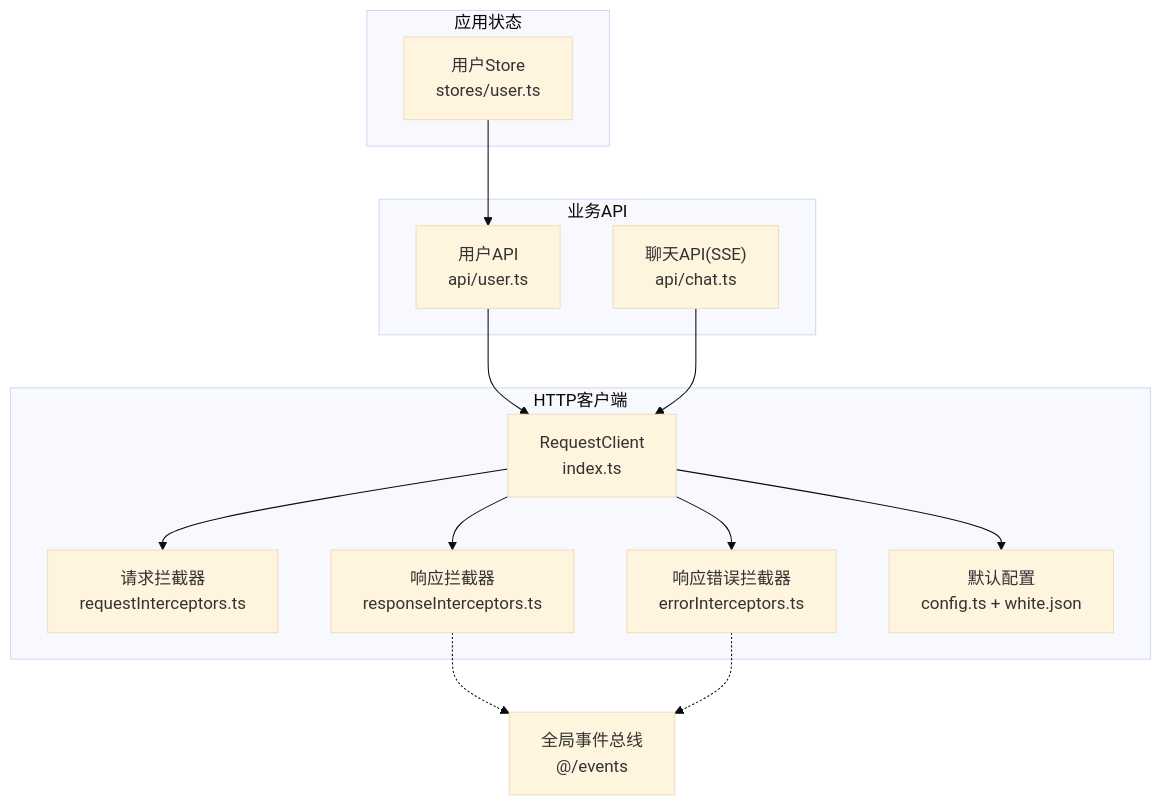
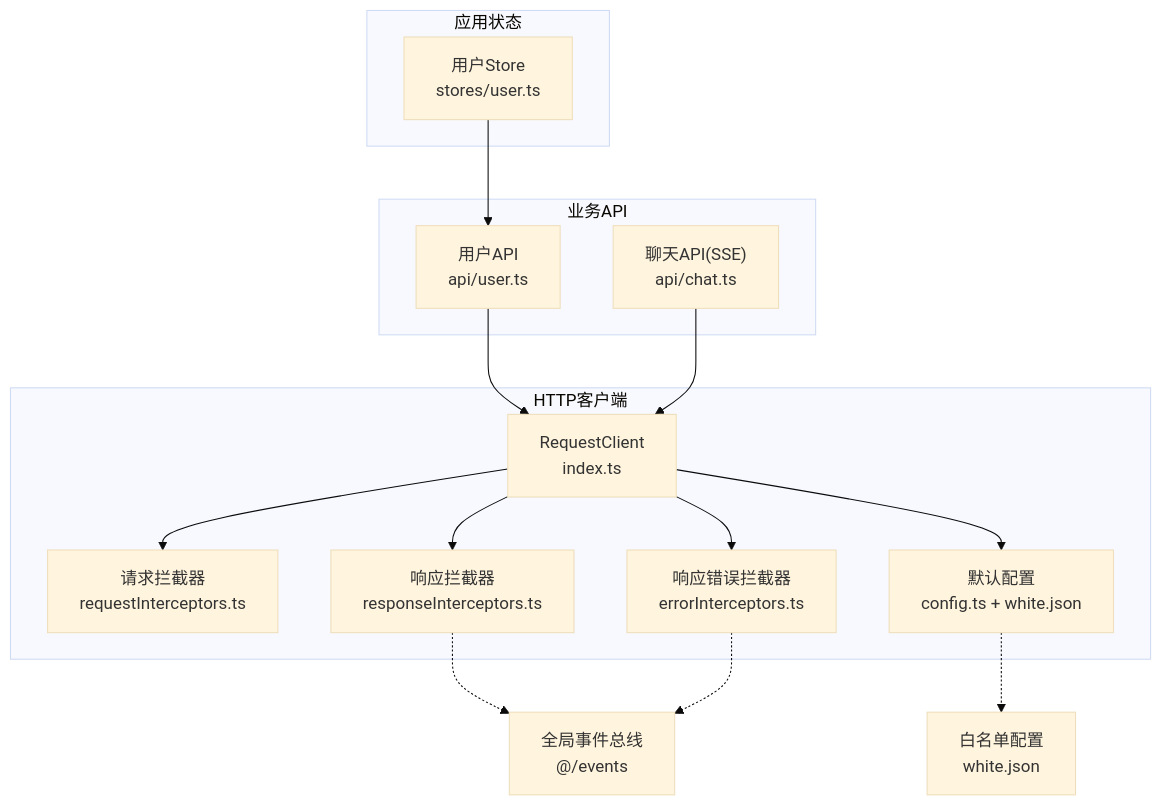
One commit to cyu100235/lingjing-ai changed the first of 6 diagrams in .qoder/repowiki/zh/content/架构设计/前端架构设计/HTTP客户端与API封装.md. Above: the diagram before and after it, drawn with Mermaid (base theme). The commit also changed other lines of this file and 12 other files, not shown here.

````diff
--- a/.qoder/repowiki/zh/content/架构设计/前端架构设计/HTTP客户端与API封装.md
+++ b/.qoder/repowiki/zh/content/架构设计/前端架构设计/HTTP客户端与API封装.md
@@ -41,18 +50,19 @@
 ```mermaid
 graph TB
 subgraph "HTTP客户端"
 A["RequestClient<br/>index.ts"] --> B["请求拦截器<br/>requestInterceptors.ts"]
 A --> C["响应拦截器<br/>responseInterceptors.ts"]
 A --> D["响应错误拦截器<br/>errorInterceptors.ts"]
 A --> E["默认配置<br/>config.ts + white.json"]
 end
 subgraph "业务API"
 F["用户API<br/>api/user.ts"] --> A
 G["聊天API(SSE)<br/>api/chat.ts"] --> A
 end
 subgraph "应用状态"
 H["用户Store<br/>stores/user.ts"] --> F
 end
 C -.-> I["全局事件总线<br/>@/events"]
 D -.-> I
+E -.-> J["白名单配置<br/>white.json"]
 ```
````
